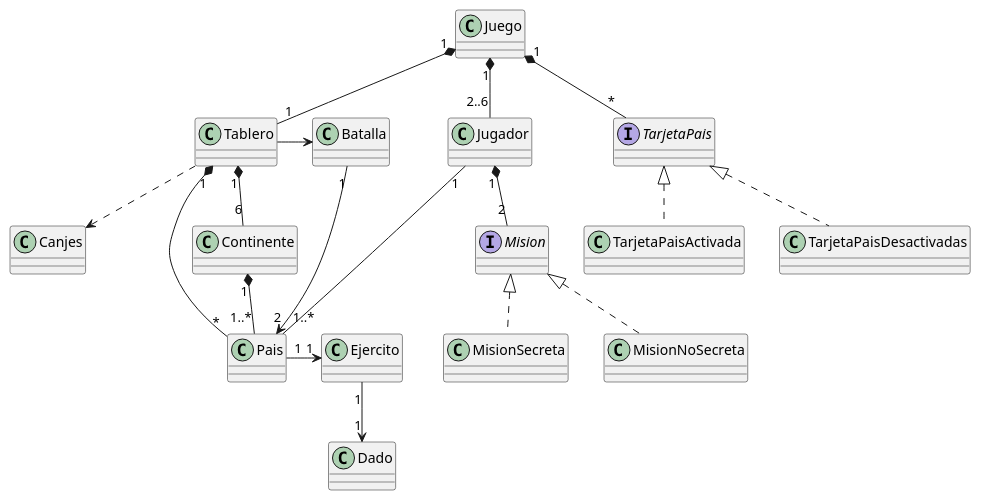
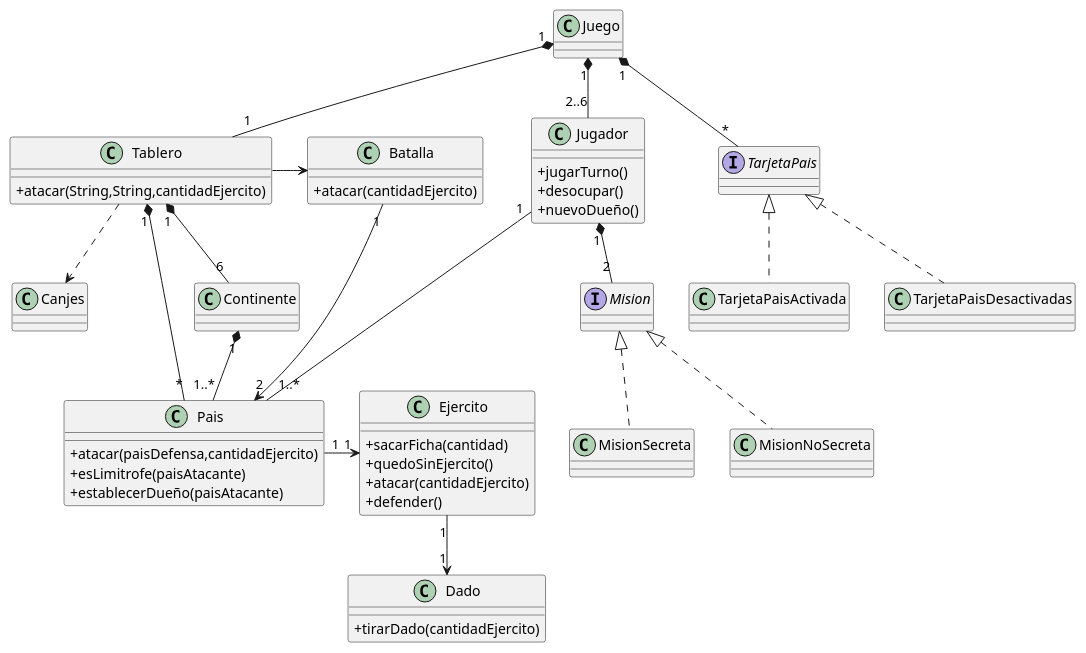
The diagram in diagramas/diagramaDeClases.wsd (daniela41149/algo3_tp2), drawn with PlantUML before and after one commit. The commit also changed 1 other file, not shown here.

Commit message:
Actualizacion de diagramas

```diff
--- a/diagramas/diagramaDeClases.wsd
+++ b/diagramas/diagramaDeClases.wsd
@@ -1,26 +1,68 @@
 @startuml
 Juego "1" *-- "1" Tablero
 Juego "1" *-- "2..6" Jugador
 Juego "1" *-- "*" TarjetaPais
 
 Interface TarjetaPais
 Interface Mision
 
-TarjetaPais <|.. TarjetaPaisActivada  
+TarjetaPais <|.. TarjetaPaisActivada
 TarjetaPais <|.. TarjetaPaisDesactivadas
 Mision <|.. MisionSecreta
 Mision <|.. MisionNoSecreta
 
 Tablero "1" *-- "6" Continente
 Tablero "1" *-- "*" Pais
 Continente "1" *-- "1..*" Pais
 
 Jugador "1" *-- "2" Mision
 Jugador "1" -- "1..*" Pais
 Ejercito "1" --> "1" "Dado"
 Tablero ..> Canjes
 
 Pais "1" -> "1" Ejercito
 Tablero -> Batalla
 Batalla "1" --> "2" Pais
+
+
+skinparam classAttributeIconSize 0
+class Juego {
+}
+
+skinparam classAttributeIconSize 0
+class Jugador {
+ +jugarTurno()
+ +desocupar()
+ +nuevoDueño()
+}
+
+skinparam classAttributeIconSize 0
+class Tablero {
+ +atacar(String,String,cantidadEjercito)
+}
+
+skinparam classAttributeIconSize 0
+class Batalla {
+ +atacar(cantidadEjercito)
+}
+
+skinparam classAttributeIconSize 0
+class Pais {
+ +atacar(paisDefensa,cantidadEjercito)
+ +esLimitrofe(paisAtacante)
+ +establecerDueño(paisAtacante)
+}
+
+skinparam classAttributeIconSize 0
+class Ejercito {
+ +sacarFicha(cantidad)
+ +quedoSinEjercito()
+ +atacar(cantidadEjercito)
+ +defender()
+}
+
+skinparam classAttributeIconSize 0
+class Dado {
+ +tirarDado(cantidadEjercito)
+}
 @enduml
```
